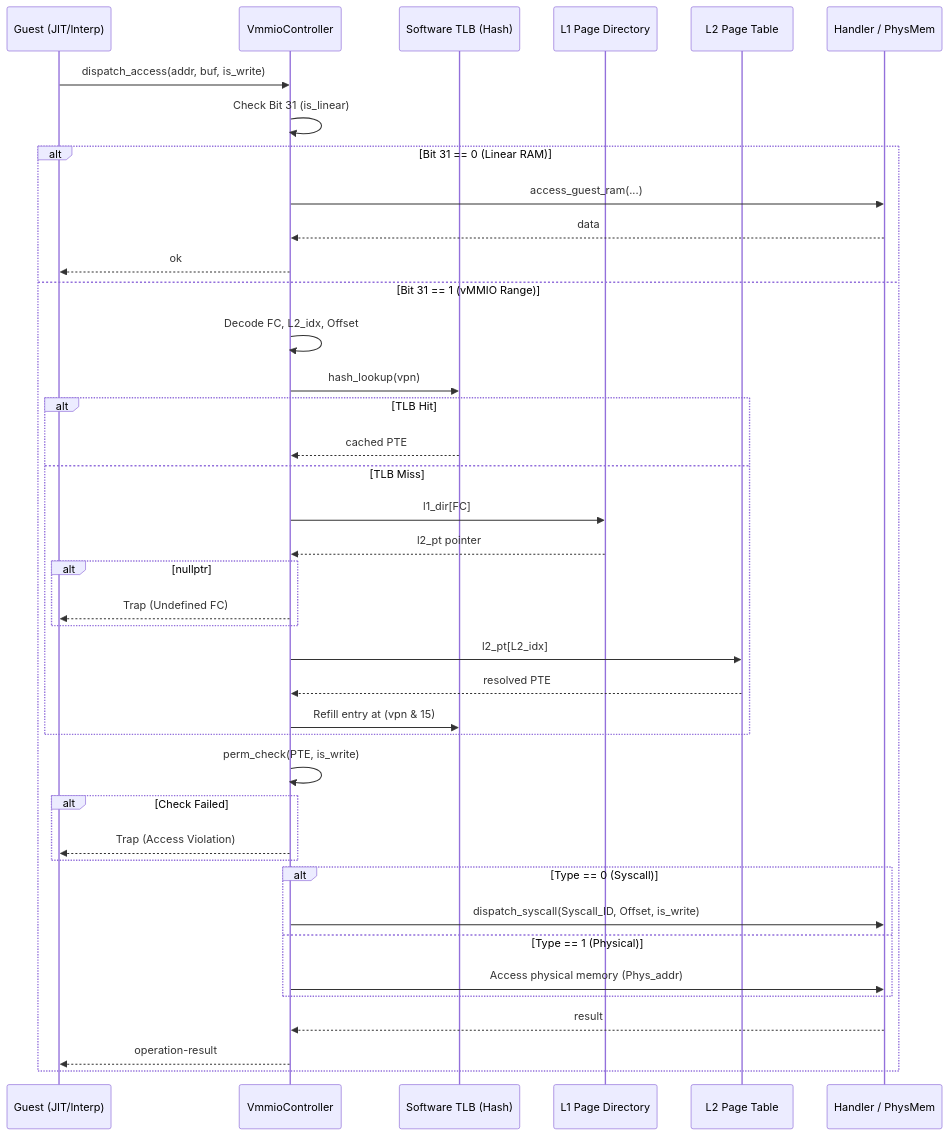
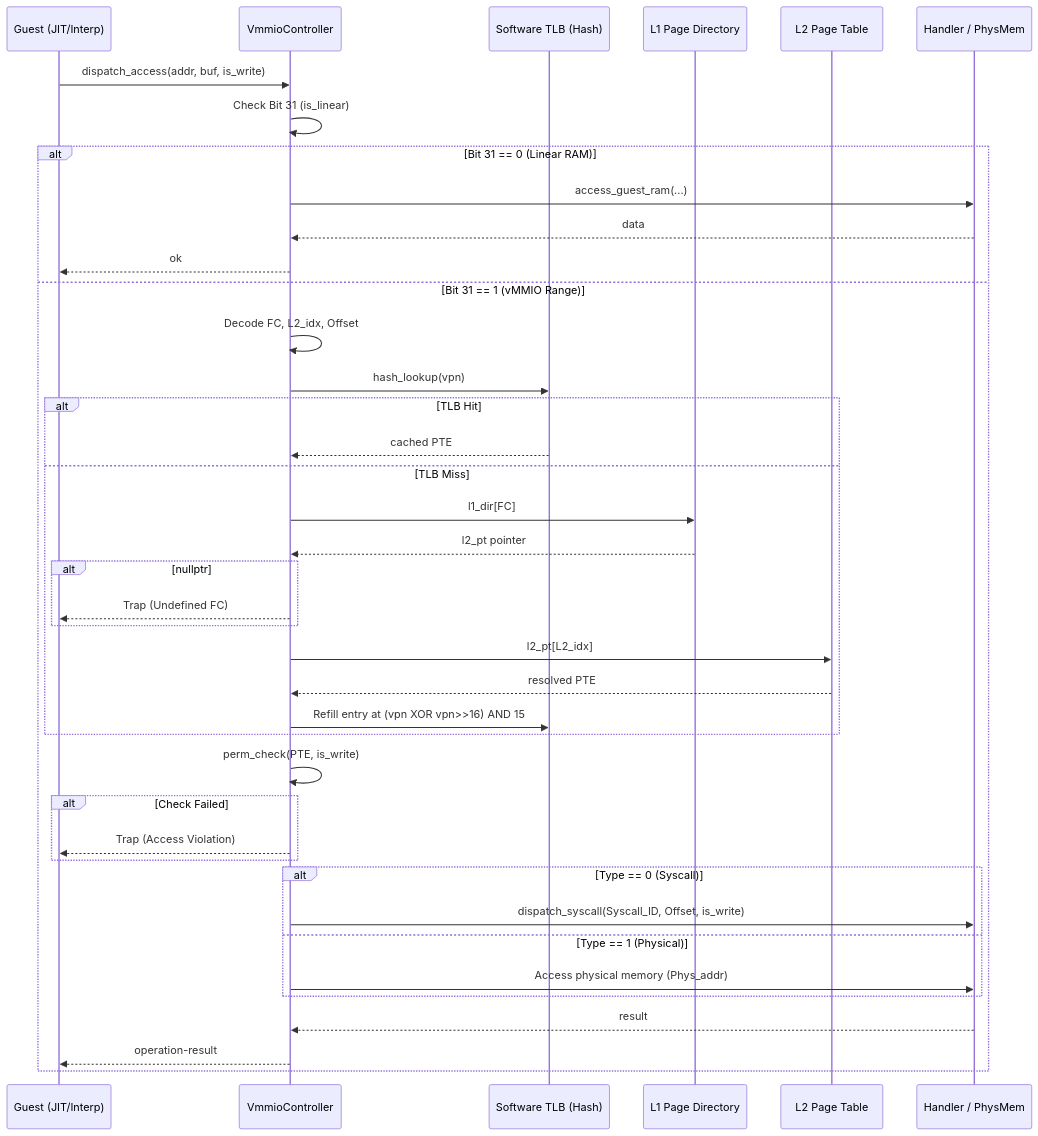
One commit to kmt-t/fireball changed the second of 3 diagrams in docs/components/tier2_runtime/runtime_vmmio.md. Above: the diagram before and after it, drawn with Mermaid. The commit also changed other lines of this file and 9 other files, not shown here.

````diff
--- a/docs/components/tier2_runtime/runtime_vmmio.md
+++ b/docs/components/tier2_runtime/runtime_vmmio.md
@@ -411,45 +370,45 @@
 ```mermaid
 sequenceDiagram
     participant G as Guest (JIT/Interp)
     participant C as VmmioController
     participant T as Software TLB (Hash)
     participant L1 as L1 Page Directory
     participant L2 as L2 Page Table
     participant H as Handler / PhysMem
 
     G->>C: dispatch_access(addr, buf, is_write)
     C->>C: Check Bit 31 (is_linear)
     alt Bit 31 == 0 (Linear RAM)
         C->>H: access_guest_ram(...)
         H-->>C: data
         C-->>G: ok
     else Bit 31 == 1 (vMMIO Range)
         C->>C: Decode FC, L2_idx, Offset
         C->>T: hash_lookup(vpn)
         alt TLB Hit
             T-->>C: cached PTE
         else TLB Miss
             C->>L1: l1_dir[FC]
             L1-->>C: l2_pt pointer
             alt nullptr
                 C-->>G: Trap (Undefined FC)
             end
             C->>L2: l2_pt[L2_idx]
             L2-->>C: resolved PTE
-            C->>T: Refill entry at (vpn & 15)
+            C->>T: Refill entry at (vpn XOR vpn>>16) AND 15
         end
 
         C->>C: perm_check(PTE, is_write)
         alt Check Failed
             C-->>G: Trap (Access Violation)
         end
 
         alt Type == 0 (Syscall)
             C->>H: dispatch_syscall(Syscall_ID, Offset, is_write)
         else Type == 1 (Physical)
             C->>H: Access physical memory (Phys_addr)
         end
         H-->>C: result
         C-->>G: operation-result
     end
 ```
````
